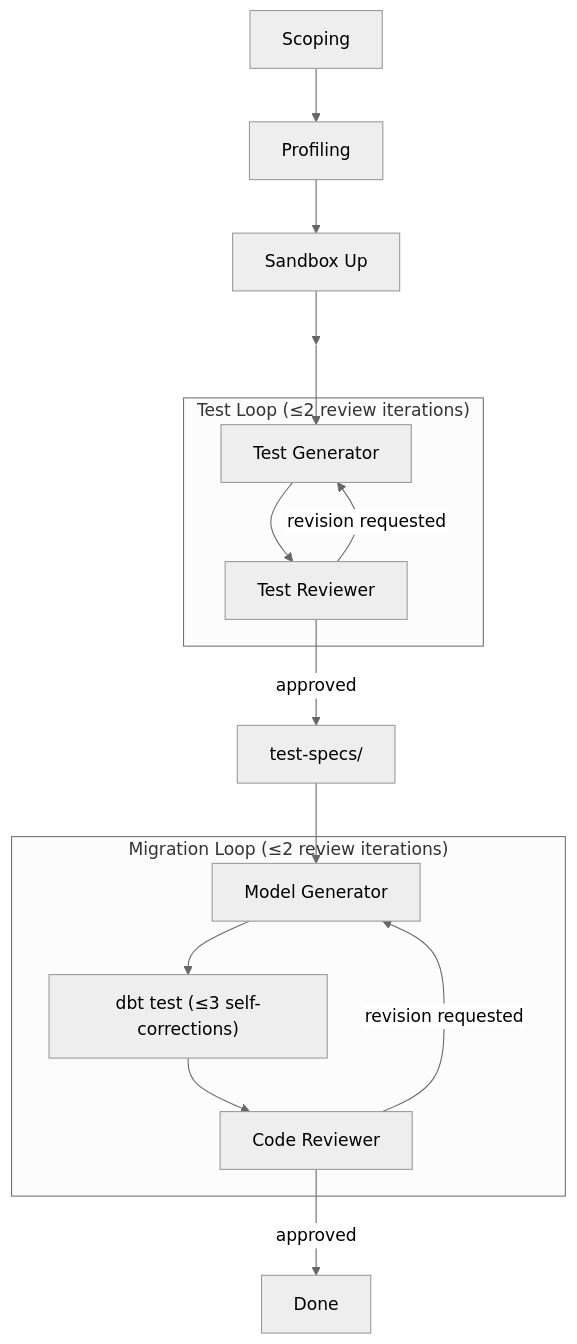
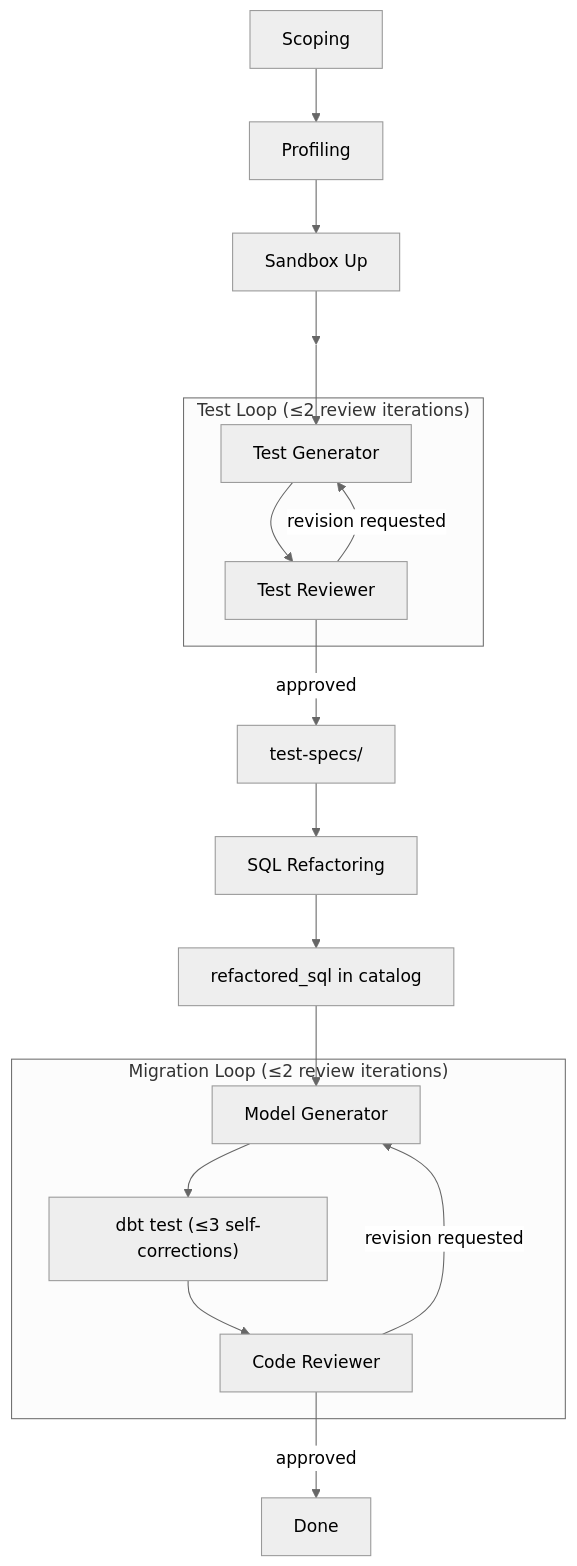
One commit to accelerate-data/migration-utility changed the diagram in docs/design/overall-design/README.md. Above: the diagram before and after it, drawn with Mermaid (neutral theme). The commit also changed other lines of this file and 15 other files, not shown here.

````diff
--- a/docs/design/overall-design/README.md
+++ b/docs/design/overall-design/README.md
@@ -49,25 +49,27 @@
 ```mermaid
 flowchart TD
     scope[Scoping] --> profile[Profiling]
     profile --> sandbox[Sandbox Up]
     sandbox --> gen_entry[ ]:::hidden
 
     subgraph test_loop["Test Loop (≤2 review iterations)"]
         gen[Test Generator] --> reviewer[Test Reviewer]
         reviewer -->|revision requested| gen
     end
 
     gen_entry --> gen
     reviewer -->|approved| specs[test-specs/]
+    specs --> refactor[SQL Refactoring]
+    refactor --> refactored[refactored_sql in catalog]
 
     subgraph migrate_loop["Migration Loop (≤2 review iterations)"]
         model[Model Generator] --> dbt["dbt test (≤3 self-corrections)"]
         dbt --> code_rev[Code Reviewer]
         code_rev -->|revision requested| model
     end
 
-    specs --> model
+    refactored --> model
     code_rev -->|approved| done[Done]
 
     classDef hidden display:none;
 ```
````
